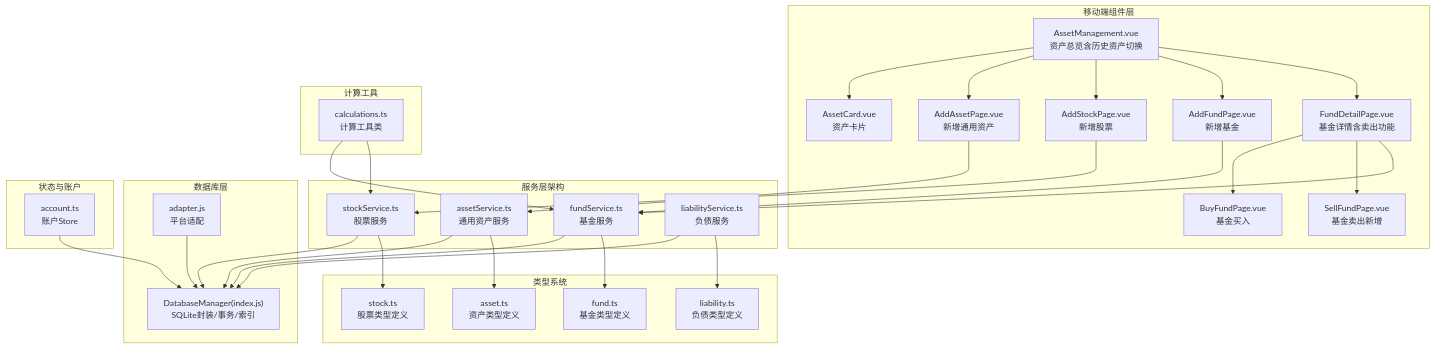
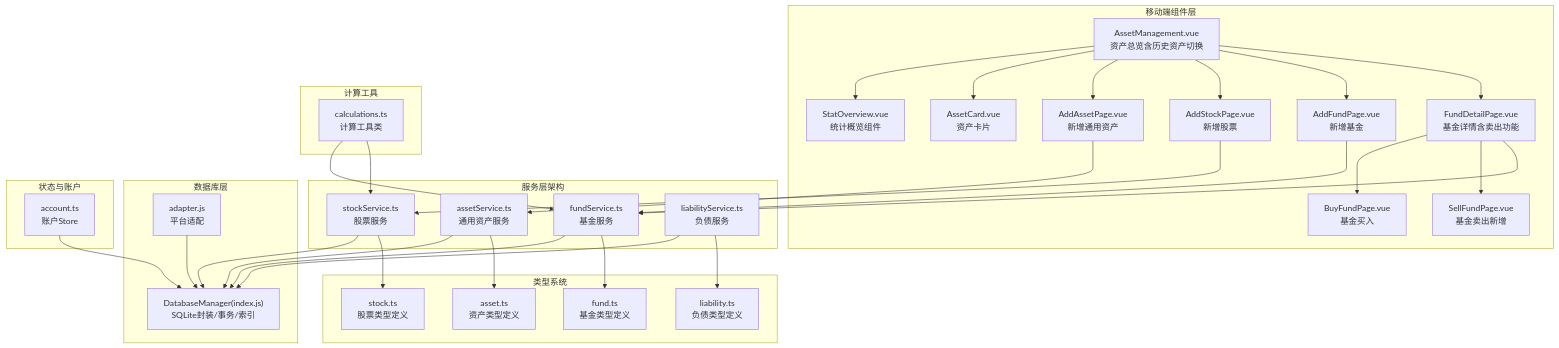
Before and after one commit to xiao-lin-unit/yuan: the first of 10 diagrams in .qoder/repowiki/zh/content/资产管理/资产管理.md, drawn with Mermaid. The commit also changed other lines of this file and 14 other files, not shown here.

````diff
--- a/.qoder/repowiki/zh/content/资产管理/资产管理.md
+++ b/.qoder/repowiki/zh/content/资产管理/资产管理.md
@@ -50,58 +57,60 @@
 ```mermaid
 graph TB
 subgraph "移动端组件层"
 AM["AssetManagement.vue<br/>资产总览含历史资产切换"]
+SO["StatOverview.vue<br/>统计概览组件"]
 AC["AssetCard.vue<br/>资产卡片"]
 AAS["AddAssetPage.vue<br/>新增通用资产"]
 ASP["AddStockPage.vue<br/>新增股票"]
 AFP["AddFundPage.vue<br/>新增基金"]
 FDP["FundDetailPage.vue<br/>基金详情含卖出功能"]
 BFP["BuyFundPage.vue<br/>基金买入"]
 SFP["SellFundPage.vue<br/>基金卖出新增"]
 end
 subgraph "服务层架构"
 ASS["assetService.ts<br/>通用资产服务"]
 FSS["fundService.ts<br/>基金服务"]
 STS["stockService.ts<br/>股票服务"]
 LS["liabilityService.ts<br/>负债服务"]
 end
 subgraph "类型系统"
 AT["asset.ts<br/>资产类型定义"]
 FT["fund.ts<br/>基金类型定义"]
 STT["stock.ts<br/>股票类型定义"]
 LT["liability.ts<br/>负债类型定义"]
 end
 subgraph "计算工具"
 CAL["calculations.ts<br/>计算工具类"]
 end
 subgraph "数据库层"
 DBM["DatabaseManager(index.js)<br/>SQLite封装/事务/索引"]
 ADP["adapter.js<br/>平台适配"]
 end
 subgraph "状态与账户"
 ACC["account.ts<br/>账户Store"]
 end
+AM --> SO
 AM --> AC
 AM --> AAS
 AM --> ASP
 AM --> AFP
 AM --> FDP
 FDP --> BFP
 FDP --> SFP
 AAS --> ASS
 ASP --> STS
 AFP --> FSS
 FDP --> FSS
 ASS --> DBM
 STS --> DBM
 FSS --> DBM
 LS --> DBM
 ASS --> AT
 STS --> STT
 FSS --> FT
 LS --> LT
 CAL --> FSS
 CAL --> STS
 ACC --> DBM
 ADP --> DBM
 ```
````
